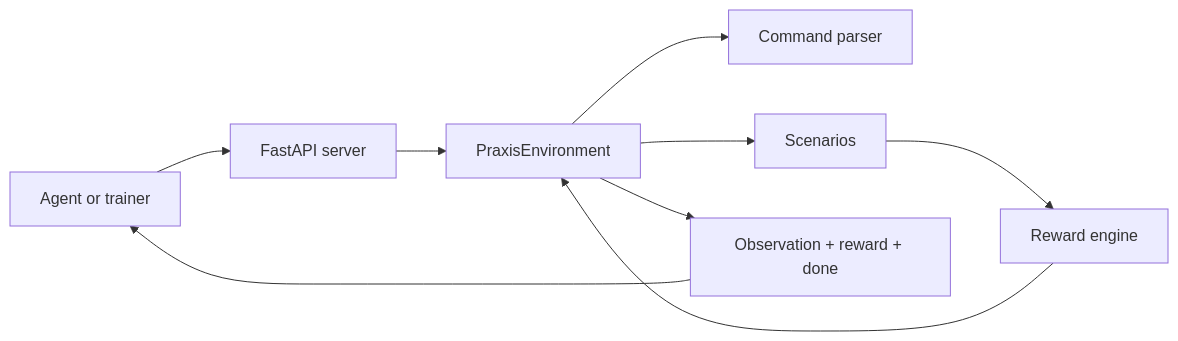
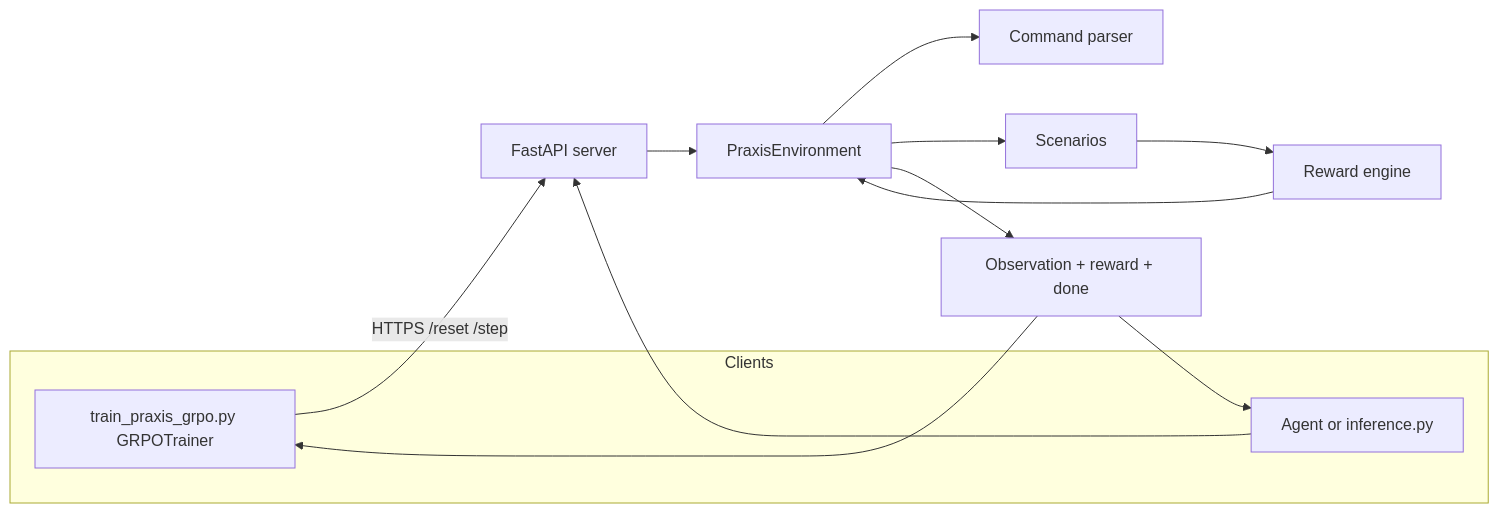
One commit to GunaPalanivel/Praxis changed the diagram in README.md. Above: the diagram before and after it, drawn with Mermaid. The commit also changed 4 other files, not shown here.

First line of the commit message:
feat(colab): canonical train_praxis_grpo + uv; sync DataFlow and README diagrams

````diff
--- a/README.md
+++ b/README.md
@@ -129,11 +129,22 @@
 ```mermaid
 flowchart LR
-    A[Agent or trainer] --> B[FastAPI server]
-    B --> C[PraxisEnvironment]
-    C --> D[Command parser]
-    C --> E[Scenarios]
-    E --> F[Reward engine]
+    subgraph Clients[Clients]
+        TR[train_praxis_grpo.py GRPOTrainer]
+        AG[Agent or inference.py]
+    end
+    B[FastAPI server]
+    C[PraxisEnvironment]
+    D[Command parser]
+    E[Scenarios]
+    F[Reward engine]
+    TR -->|HTTPS /reset /step| B
+    AG --> B
+    B --> C
+    C --> D
+    C --> E
+    E --> F
     F --> C
     C --> G[Observation + reward + done]
-    G --> A
+    G --> TR
+    G --> AG
 ```
````
